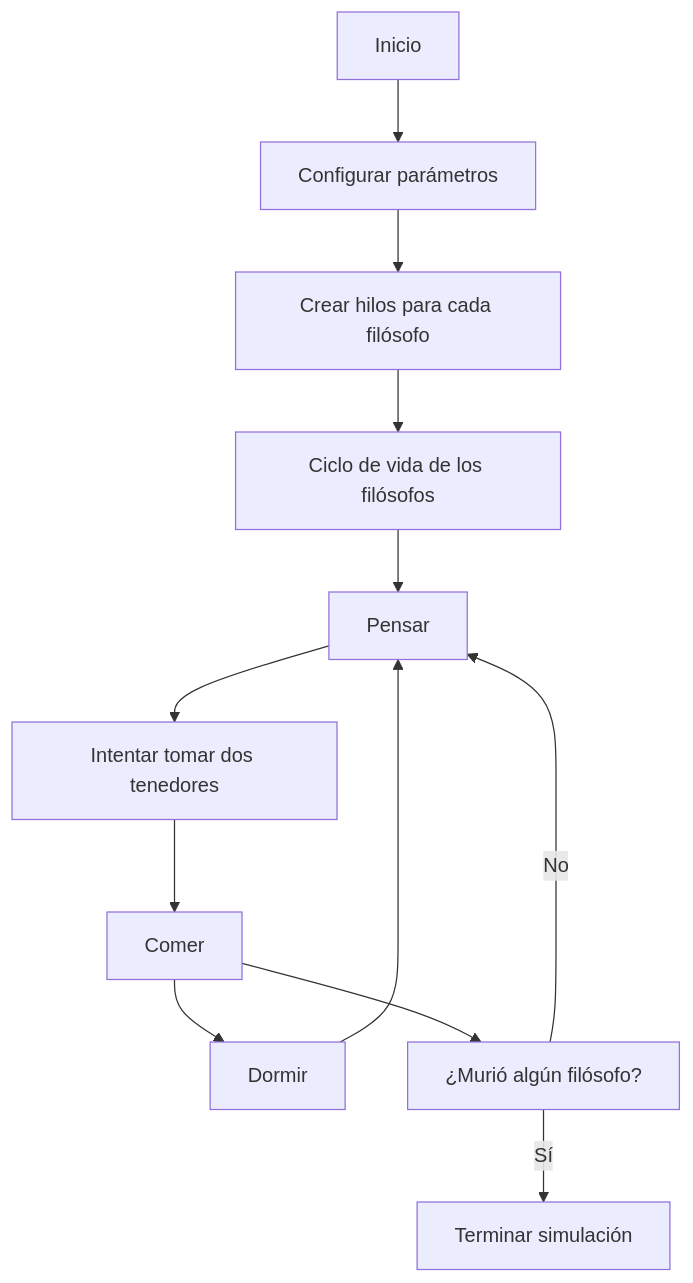
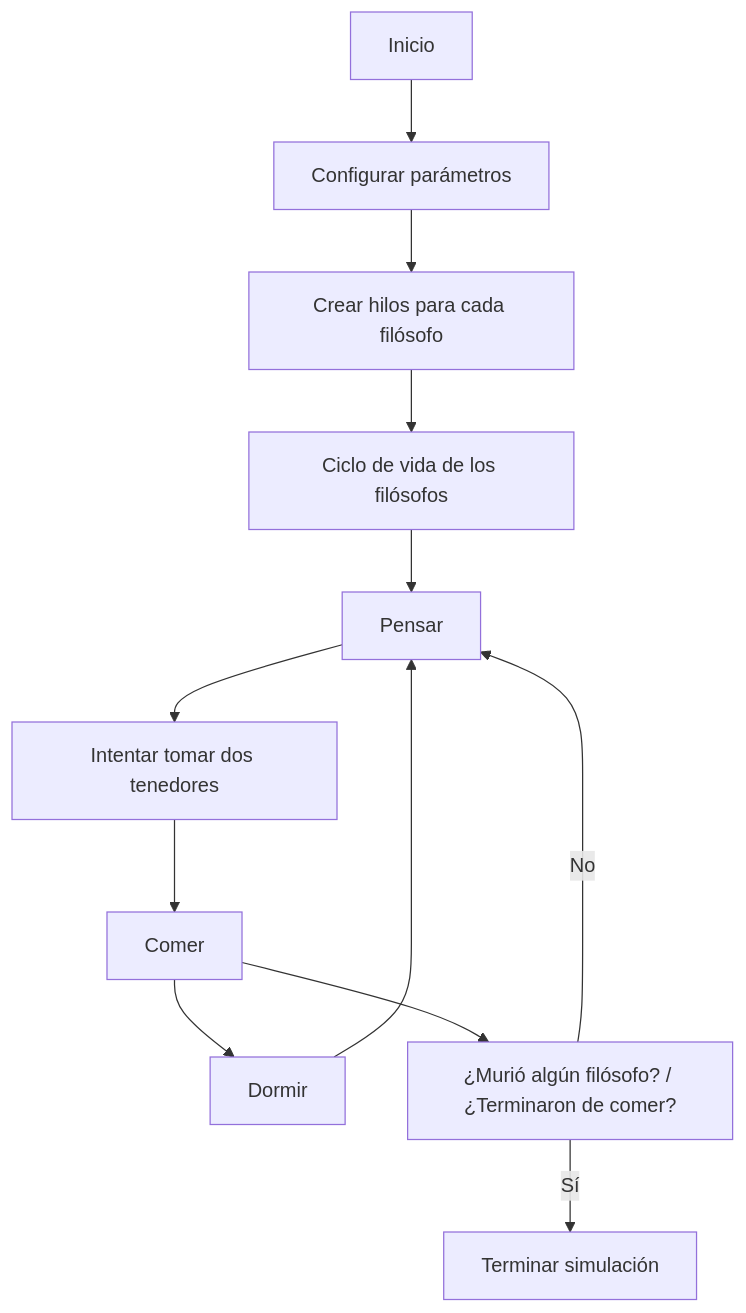
Before and after one commit to AdrianPMiro/philosophers_42: the diagram in README.md, drawn with Mermaid.

````diff
--- a/README.md
+++ b/README.md
@@ -74,14 +74,14 @@
 ```mermaid
 graph TD;
     Inicio[Inicio] --> Configuración[Configurar parámetros]
     Configuración --> CrearHilos[Crear hilos para cada filósofo]
     CrearHilos --> CicloDeVida[Ciclo de vida de los filósofos]
     CicloDeVida --> Pensar[Pensar]
     Pensar --> IntentarComer[Intentar tomar dos tenedores]
     IntentarComer --> Comer[Comer]
     Comer --> Dormir[Dormir]
     Dormir --> Pensar
-    Comer --> ChequearMuerte[¿Murió algún filósofo?]
+    Comer --> ChequearMuerte[¿Murió algún filósofo? / ¿Terminaron de comer?]
     ChequearMuerte -->|Sí| Fin[Terminar simulación]
     ChequearMuerte -->|No| Pensar
 ```
````
